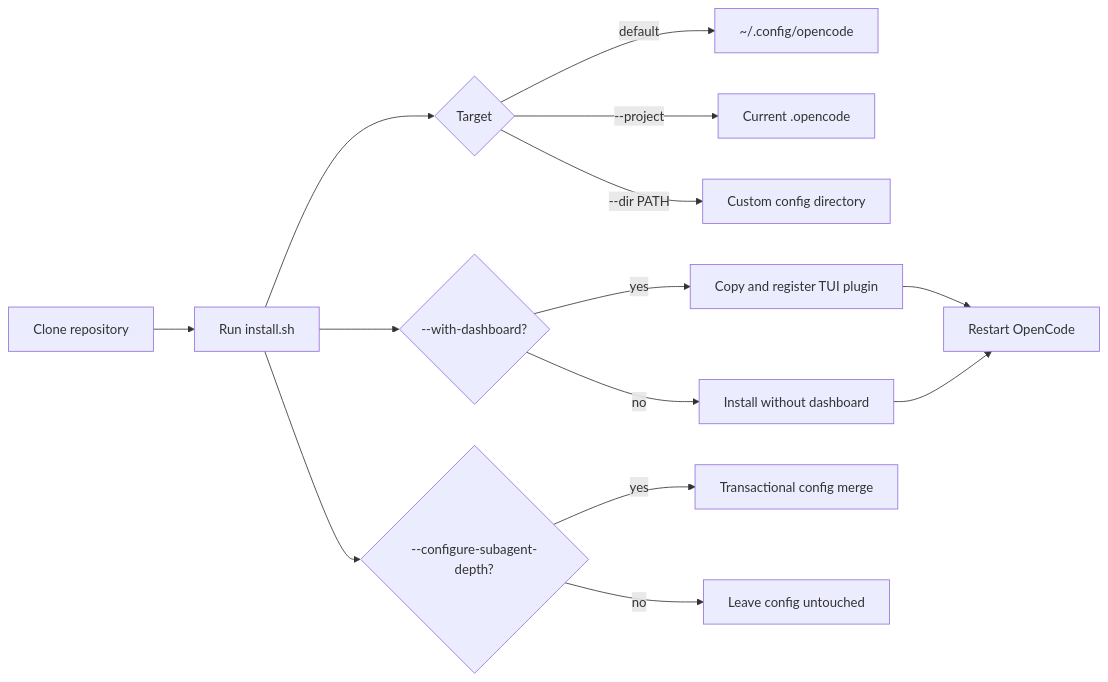
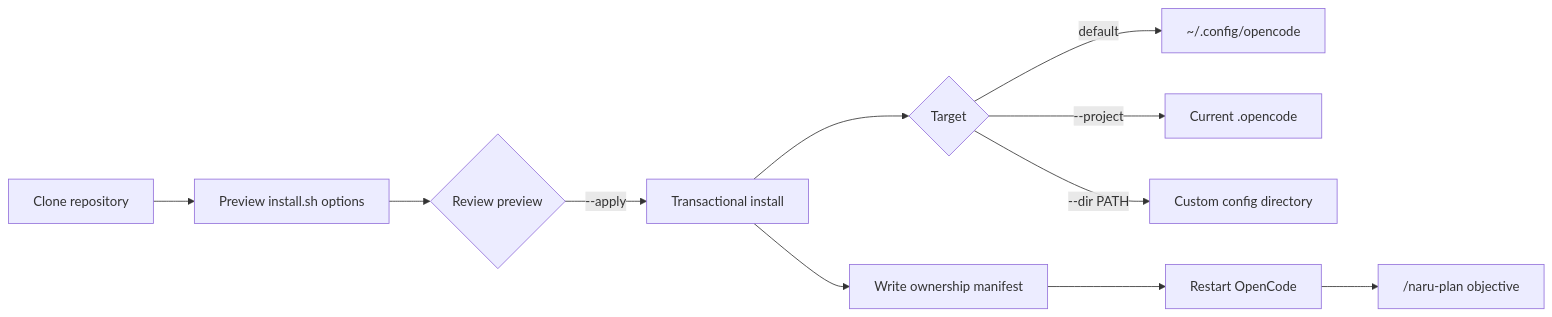
The diagram in docs/src/content/docs/getting-started/installation.md (sean35mm/naru-opencode), drawn with Mermaid before and after one commit. The commit also changed other lines of this file and 36 other files, not shown here.

````diff
--- a/docs/src/content/docs/getting-started/installation.md
+++ b/docs/src/content/docs/getting-started/installation.md
@@ -8,16 +8,13 @@
 ```mermaid
 flowchart LR
-  A[Clone repository] --> B[Run install.sh]
-  B --> C{Target}
-  C -->|default| D[~/.config/opencode]
-  C -->|--project| E[Current .opencode]
-  C -->|--dir PATH| F[Custom config directory]
-  B --> G{--with-dashboard?}
-  G -->|yes| H[Copy and register TUI plugin]
-  G -->|no| I[Install without dashboard]
-  H --> J[Restart OpenCode]
-  I --> J
-  B --> K{--configure-subagent-depth?}
-  K -->|yes| L[Transactional config merge]
-  K -->|no| M[Leave config untouched]
+  A[Clone repository] --> B[Preview install.sh options]
+  B --> C{Review preview}
+  C -->|--apply| D[Transactional install]
+  D --> E{Target}
+  E -->|default| F[~/.config/opencode]
+  E -->|--project| G[Current .opencode]
+  E -->|--dir PATH| H[Custom config directory]
+  D --> I[Write ownership manifest]
+  I --> J[Restart OpenCode]
+  J --> K["/naru-plan objective"]
 ```
````
